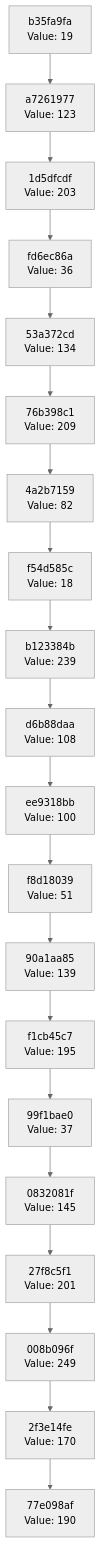
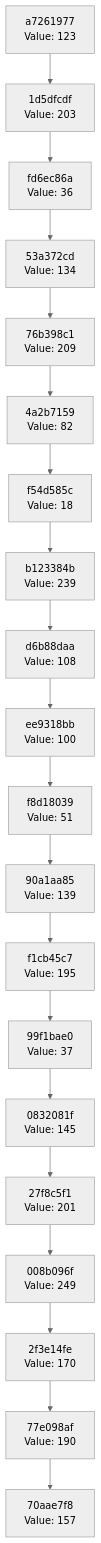
One commit to Abhisheksinha1506/hash-chain-evolver changed the diagram in docs/CHAIN_VISUALIZATION.md. Above: the diagram before and after it, drawn with Mermaid (neutral theme). The commit also changed 2 other files, not shown here.

Commit message:
Evolution step: hash 0x9D → action executed

````diff
--- a/docs/CHAIN_VISUALIZATION.md
+++ b/docs/CHAIN_VISUALIZATION.md
@@ -3,42 +3,42 @@
 ```mermaid
 graph TD
-    C0["77e098af<br/>Value: 190"]
-    C1["2f3e14fe<br/>Value: 170"]
+    C0["70aae7f8<br/>Value: 157"]
+    C1["77e098af<br/>Value: 190"]
     C1 --> C0
-    C2["008b096f<br/>Value: 249"]
+    C2["2f3e14fe<br/>Value: 170"]
     C2 --> C1
-    C3["27f8c5f1<br/>Value: 201"]
+    C3["008b096f<br/>Value: 249"]
     C3 --> C2
-    C4["0832081f<br/>Value: 145"]
+    C4["27f8c5f1<br/>Value: 201"]
     C4 --> C3
-    C5["99f1bae0<br/>Value: 37"]
+    C5["0832081f<br/>Value: 145"]
     C5 --> C4
-    C6["f1cb45c7<br/>Value: 195"]
+    C6["99f1bae0<br/>Value: 37"]
     C6 --> C5
-    C7["90a1aa85<br/>Value: 139"]
+    C7["f1cb45c7<br/>Value: 195"]
     C7 --> C6
-    C8["f8d18039<br/>Value: 51"]
+    C8["90a1aa85<br/>Value: 139"]
     C8 --> C7
-    C9["ee9318bb<br/>Value: 100"]
+    C9["f8d18039<br/>Value: 51"]
     C9 --> C8
-    C10["d6b88daa<br/>Value: 108"]
+    C10["ee9318bb<br/>Value: 100"]
     C10 --> C9
-    C11["b123384b<br/>Value: 239"]
+    C11["d6b88daa<br/>Value: 108"]
     C11 --> C10
-    C12["f54d585c<br/>Value: 18"]
+    C12["b123384b<br/>Value: 239"]
     C12 --> C11
-    C13["4a2b7159<br/>Value: 82"]
+    C13["f54d585c<br/>Value: 18"]
     C13 --> C12
-    C14["76b398c1<br/>Value: 209"]
+    C14["4a2b7159<br/>Value: 82"]
     C14 --> C13
-    C15["53a372cd<br/>Value: 134"]
+    C15["76b398c1<br/>Value: 209"]
     C15 --> C14
-    C16["fd6ec86a<br/>Value: 36"]
+    C16["53a372cd<br/>Value: 134"]
     C16 --> C15
-    C17["1d5dfcdf<br/>Value: 203"]
+    C17["fd6ec86a<br/>Value: 36"]
     C17 --> C16
-    C18["a7261977<br/>Value: 123"]
+    C18["1d5dfcdf<br/>Value: 203"]
     C18 --> C17
-    C19["b35fa9fa<br/>Value: 19"]
+    C19["a7261977<br/>Value: 123"]
     C19 --> C18
 ```
````
